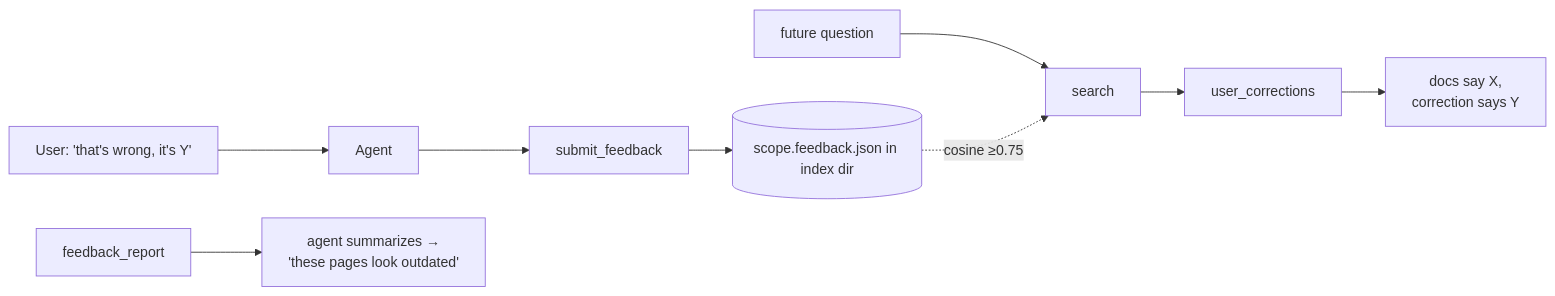
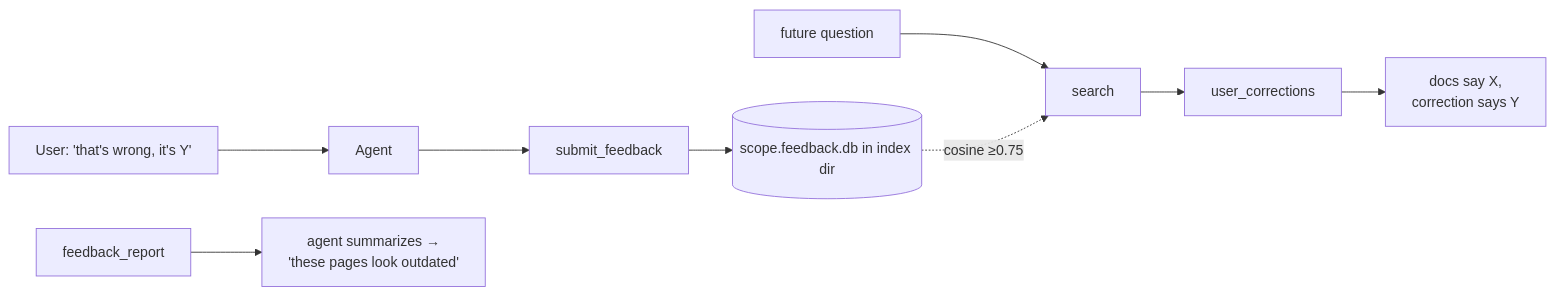
The third of 5 diagrams in docs/knowledge-agent-tdd.md (nkunal1992/agents), drawn with Mermaid before and after one commit. The commit also changed other lines of this file and 13 other files, not shown here.

````diff
--- a/docs/knowledge-agent-tdd.md
+++ b/docs/knowledge-agent-tdd.md
@@ -194,11 +194,11 @@
 ```mermaid
 flowchart LR
     U["User: 'that's wrong, it's Y'"] --> A[Agent]
     A --> SF[submit_feedback]
-    SF --> FS[("scope.feedback.json in index dir")]
+    SF --> FS[("scope.feedback.db in index dir")]
     Q["future question"] --> S[search]
     FS -. "cosine ≥0.75" .-> S
     S --> UC[user_corrections]
     UC --> ANS["docs say X,<br/>correction says Y"]
     FR[feedback_report] --> AG["agent summarizes →<br/>'these pages look outdated'"]
 ```
````
